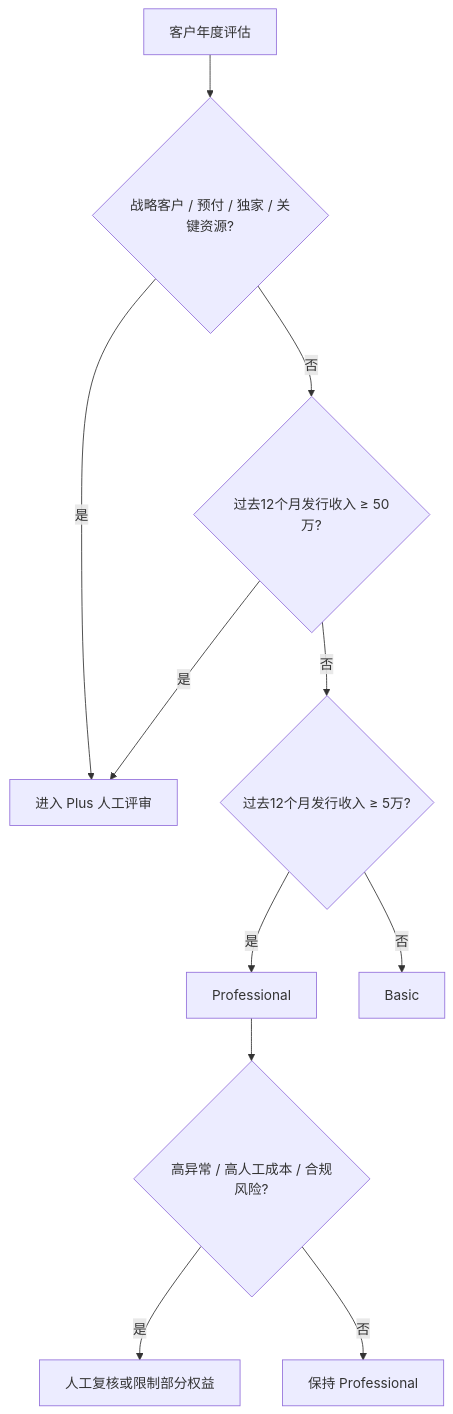
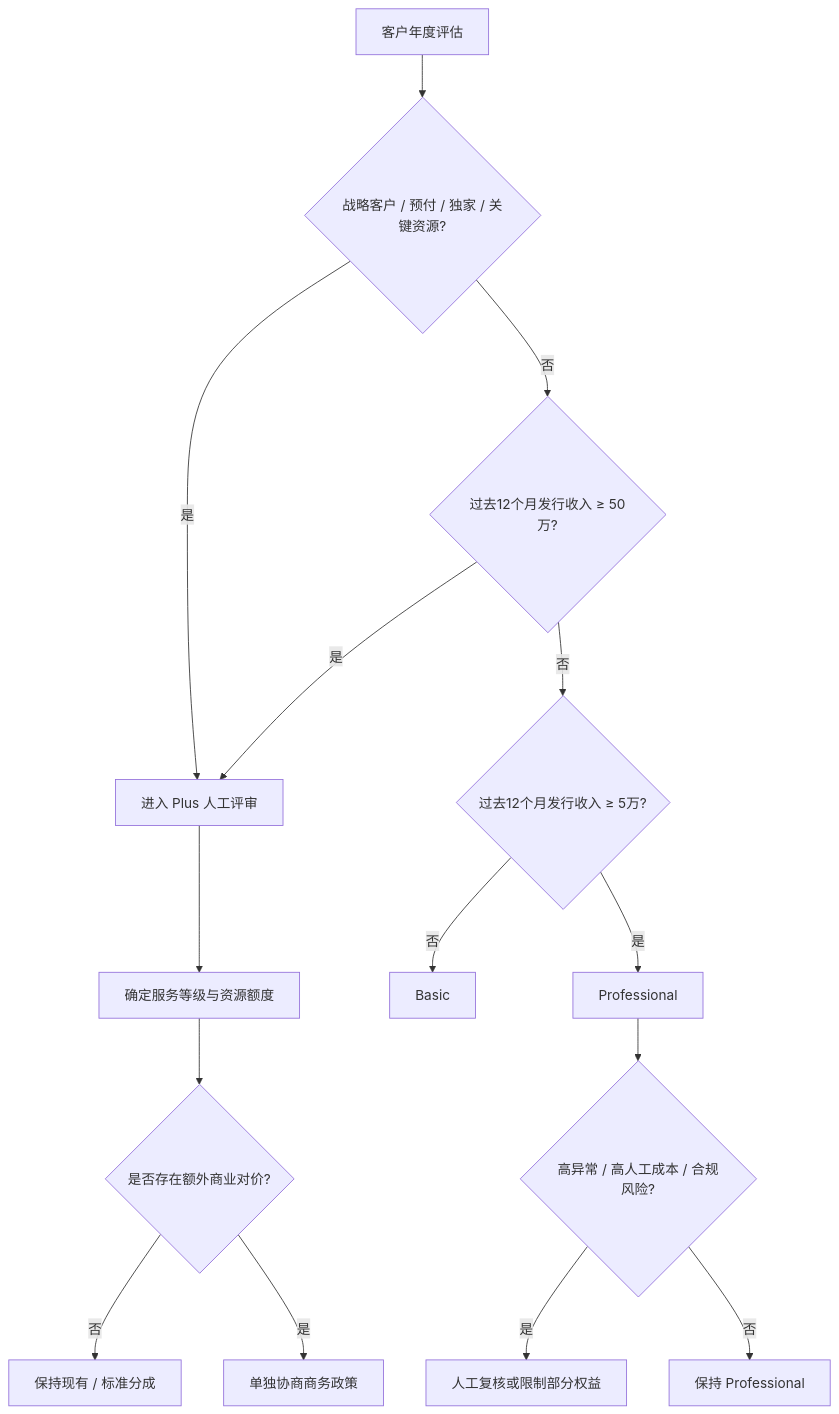
The third of 7 diagrams in 02-star-release/commercial-model-v1.0.md (zeroooolu/kanjian-distribution-products), drawn with Mermaid before and after one commit. The commit also changed other lines of this file, not shown here.

````diff
--- a/02-star-release/commercial-model-v1.0.md
+++ b/02-star-release/commercial-model-v1.0.md
@@ -260,14 +269,19 @@
 ```mermaid
 flowchart TD
     A[客户年度评估] --> B{战略客户 / 预付 / 独家 / 关键资源?}
     B -- 是 --> C[进入 Plus 人工评审]
     B -- 否 --> D{过去12个月发行收入 ≥ 50万?}
     D -- 是 --> C
     D -- 否 --> E{过去12个月发行收入 ≥ 5万?}
     E -- 是 --> F[Professional]
     E -- 否 --> G[Basic]
 
     F --> H{高异常 / 高人工成本 / 合规风险?}
     H -- 是 --> I[人工复核或限制部分权益]
     H -- 否 --> J[保持 Professional]
+
+    C --> K[确定服务等级与资源额度]
+    K --> L{是否存在额外商业对价?}
+    L -- 否 --> M[保持现有 / 标准分成]
+    L -- 是 --> N[单独协商商务政策]
 ```
````
